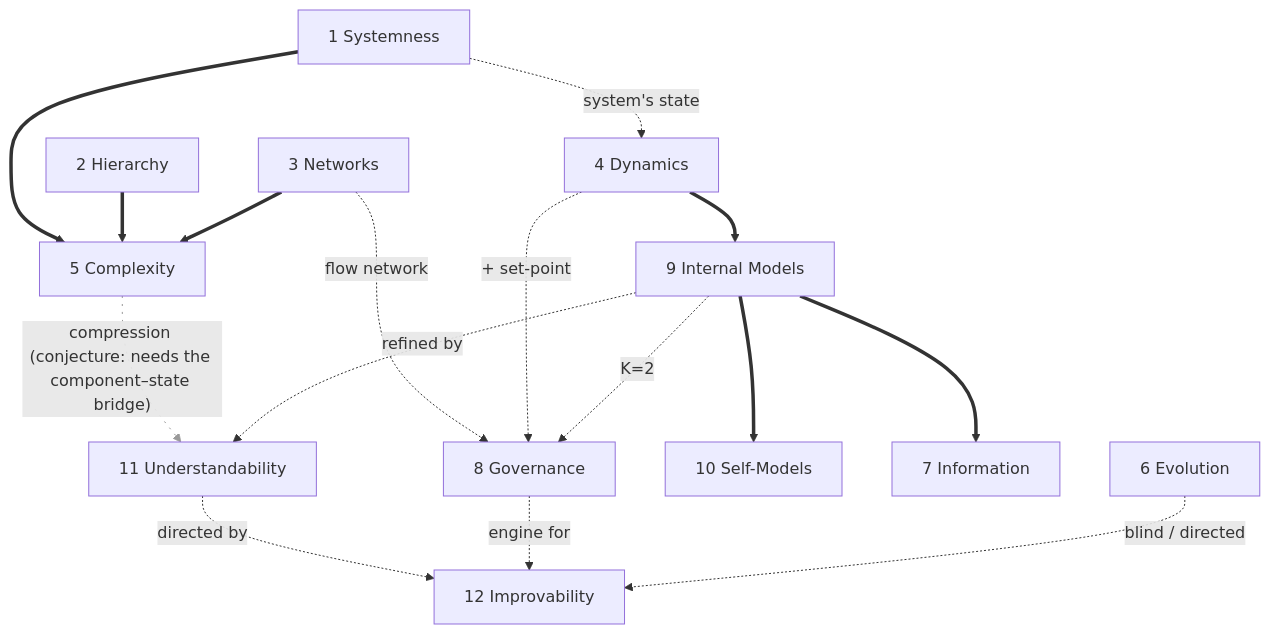
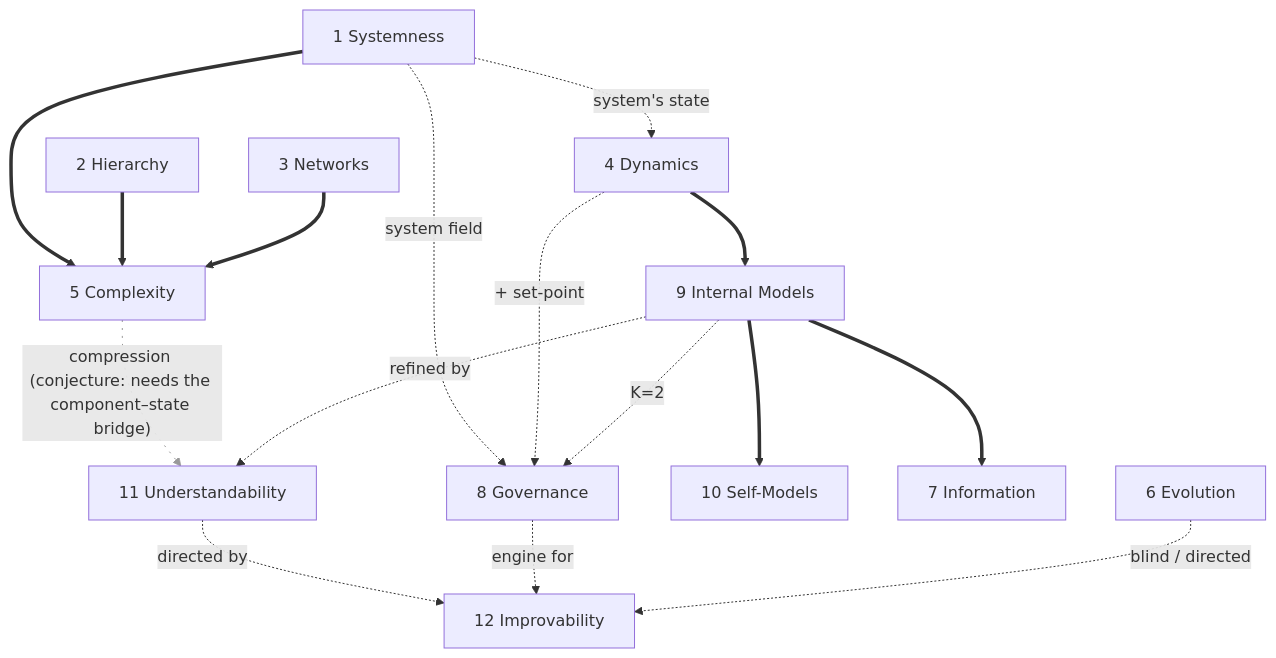
Before and after one commit to halcyonic-systems/systems-science-foundations: the diagram in docs/paper/dependency-dag.mmd, drawn with Mermaid. The commit also changed 1 other file, not shown here.

```diff
--- a/docs/paper/dependency-dag.mmd
+++ b/docs/paper/dependency-dag.mmd
@@ -1,54 +1,54 @@
 %% halcyonic-canvas v1
 %% title: Mobus's 12 Principles — Dependency DAG (8 axioms / 4 theorems)
 %% legend: solid = derives-from (theorem); dashed = presupposes/refined-by (a Lean def or field); fine-dotted grey = conjecture, no Lean home (5→11, ruled 2026-09-03)
 %% layout: layered
 %% role: p1=systems
 %% role: p2=systems
 %% role: p3=systems
 %% role: p4=systems
 %% role: p8=systems
 %% role: p6=research
 %% role: p11=primary
 %% role: p12=primary
 %% role: p5=knowledge
 %% role: p7=knowledge
 %% role: p9=knowledge
 %% role: p10=knowledge
 %% desc: p5=Theorem: every structural complexity measure is a function of 1+2+3 (12 to 11)
 %% desc: p9=Theorem: a one-step-correct internal model is correct at every horizon
 %% desc: p10=Theorem: a self-model is the diagonal case of 9; existence trivial
 %% desc: p7=Theorem: information genus; Shannon entropy a bounded special case
 %% desc: p6=Axiom (blind): change under environmental fitness selection; no model or goal
 %% desc: p8=Axiom: set-point not in the dynamics; a good regulator contains a model (K=2)
 %% desc: p11=Axiom (agential, observe/GET): a model strictly simpler than the system
 %% desc: p12=Axiom (agential, intervene/PUT): a goal from outside the boundary
 flowchart TD
     p1["1 Systemness"]
     p2["2 Hierarchy"]
     p3["3 Networks"]
     p4["4 Dynamics"]
     p8["8 Governance"]
     p6["6 Evolution"]
     p9["9 Internal Models"]
     p10["10 Self-Models"]
     p7["7 Information"]
     p5["5 Complexity"]
     p11["11 Understandability"]
     p12["12 Improvability"]
 
     p1 ==> p5
     p2 ==> p5
     p3 ==> p5
     p4 ==> p9
     p9 ==> p10
     p9 ==> p7
     p1 -.->|"system's state"| p4
-    p3 -.->|"flow network"| p8
+    p1 -.->|"system field"| p8
     p4 -.->|"+ set-point"| p8
     p9 -.->|"K=2"| p8
     p5 -. "compression (conjecture: needs the component–state bridge)" .-> p11
     linkStyle 10 stroke-dasharray: 2 6, stroke: #999
     p9 -.->|"refined by"| p11
     p11 -.->|"directed by"| p12
     p8 -.->|"engine for"| p12
     p6 -.->|"blind / directed"| p12
```
